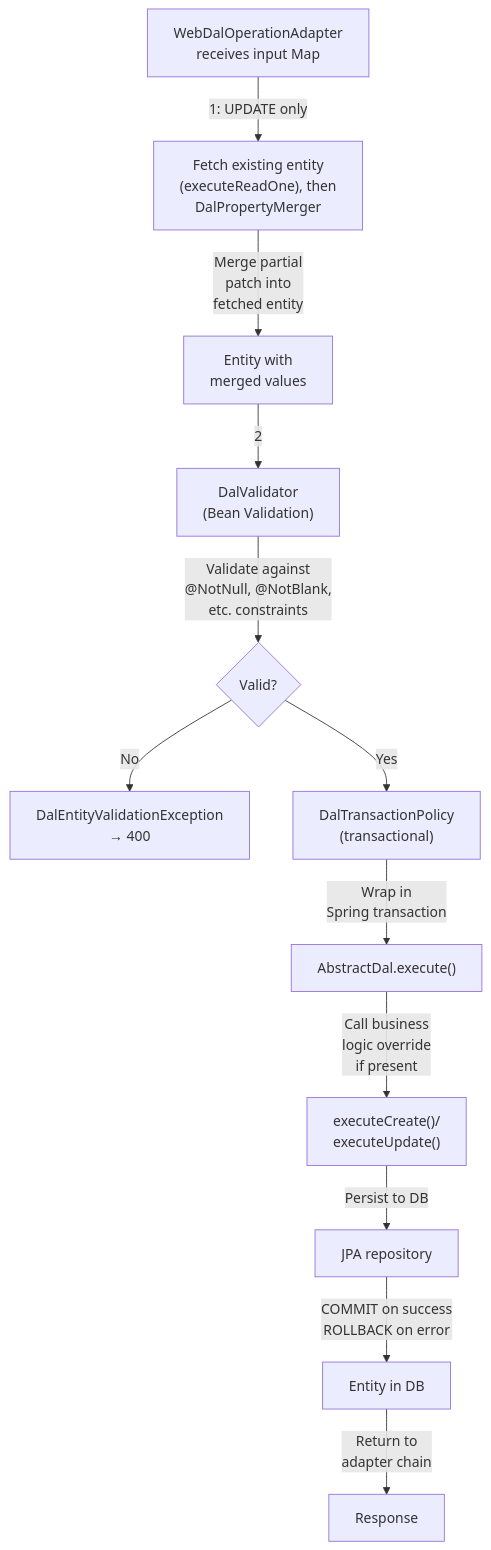
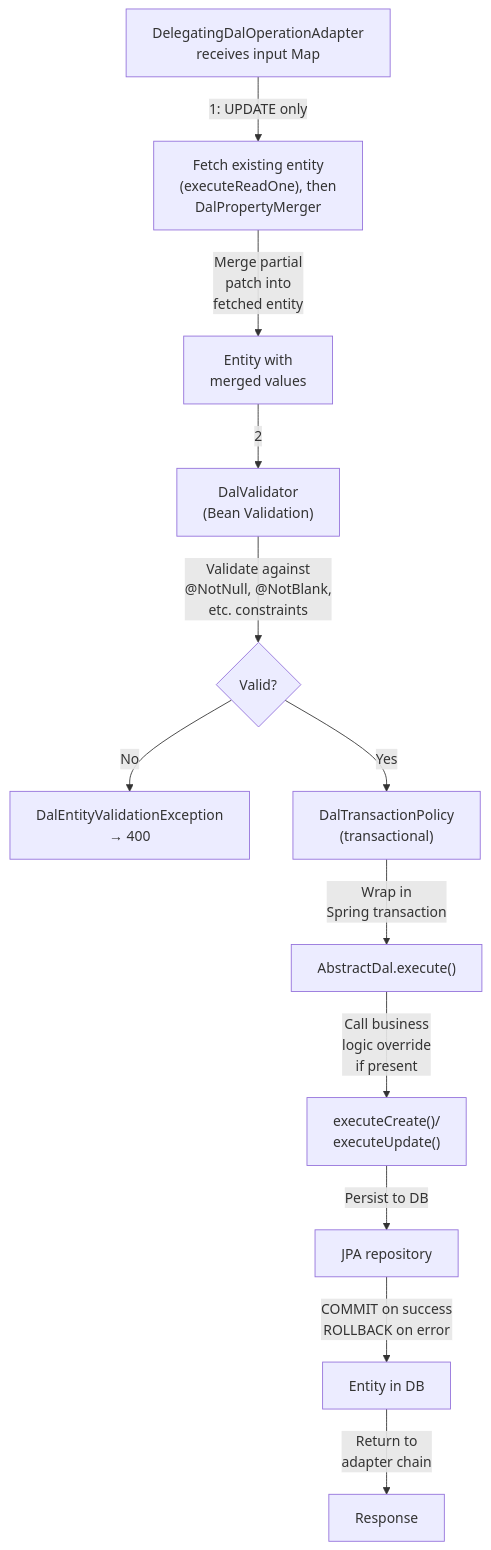
One commit to marcopag90/telaio changed the sixth of 9 diagrams in docs/architecture.md. Above: the diagram before and after it, drawn with Mermaid. The commit also changed other lines of this file and 5 other files, not shown here.

First line of the commit message:
docs: document operation adapter assembly in core

````diff
--- a/docs/architecture.md
+++ b/docs/architecture.md
@@ -209,14 +210,14 @@
 ```mermaid
 graph TD
-    A["WebDalOperationAdapter<br/>receives input Map"] -->|1: UPDATE only| B["Fetch existing entity<br/>(executeReadOne), then<br/>DalPropertyMerger"]
+    A["DelegatingDalOperationAdapter<br/>receives input Map"] -->|1: UPDATE only| B["Fetch existing entity<br/>(executeReadOne), then<br/>DalPropertyMerger"]
     B -->|Merge partial<br/>patch into<br/>fetched entity| C["Entity with<br/>merged values"]
     C -->|2| D["DalValidator<br/>(Bean Validation)"]
     D -->|Validate against<br/>@NotNull, @NotBlank,<br/>etc. constraints| E{Valid?}
     E -->|No| F["DalEntityValidationException<br/>→ 400"]
     E -->|Yes| G["DalTransactionPolicy<br/>(transactional)"]
     G -->|Wrap in<br/>Spring transaction| H["AbstractDal.execute()"]
     H -->|Call business<br/>logic override<br/>if present| I["executeCreate()/<br/>executeUpdate()"]
     I -->|Persist to DB| J["JPA repository"]
     J -->|COMMIT on success<br/>ROLLBACK on error| K["Entity in DB"]
     K -->|Return to<br/>adapter chain| L["Response"]
 ```
````
